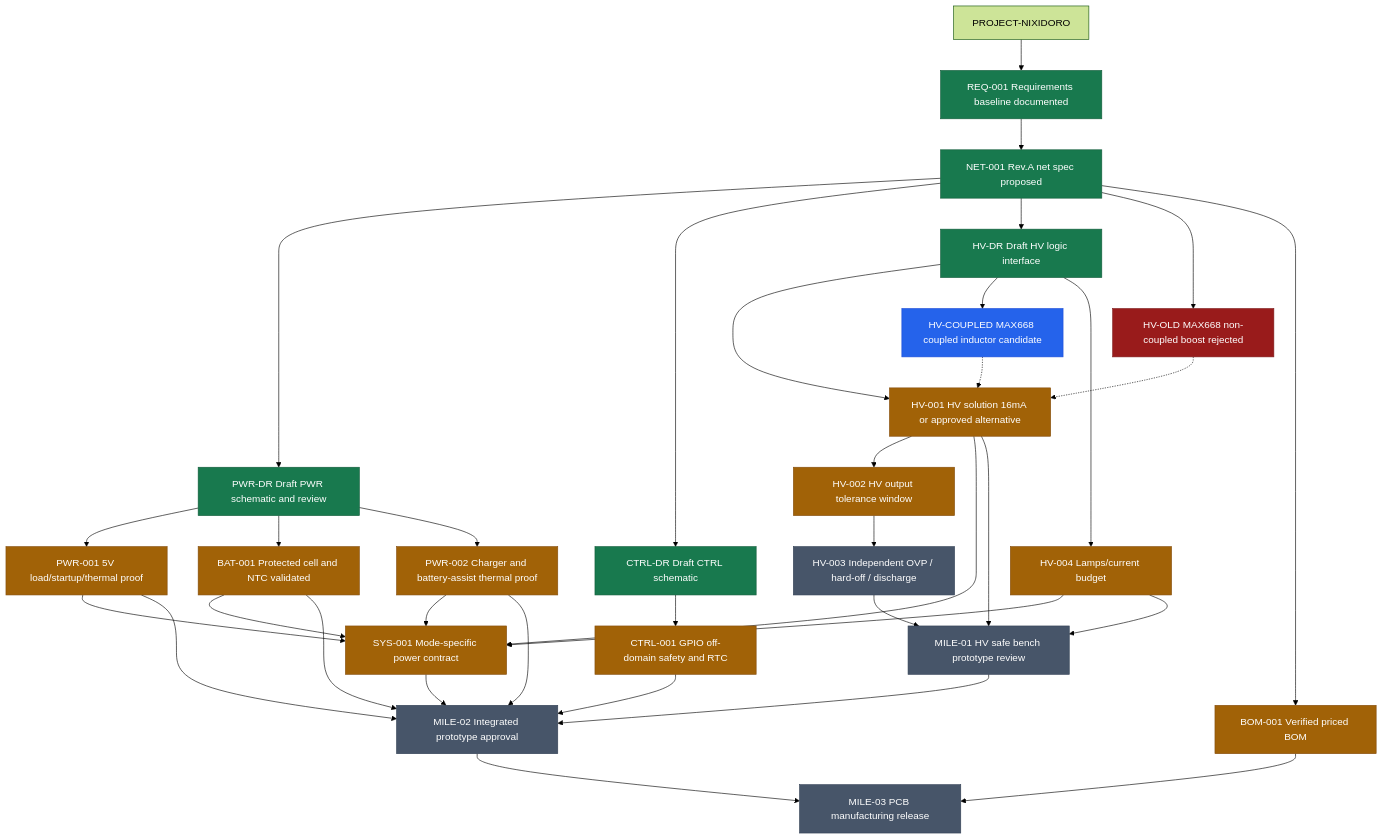
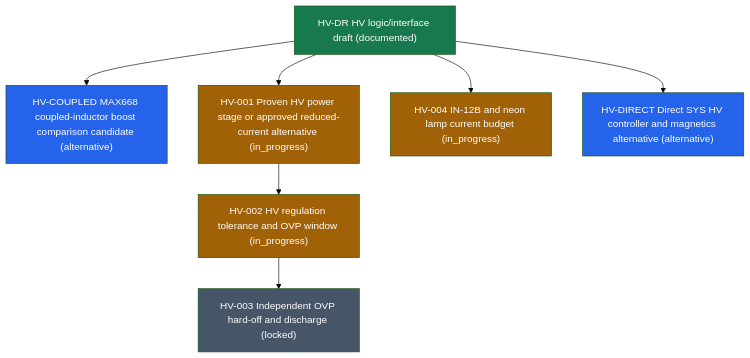
The second of 8 diagrams in docs/tech-tree.md (mitsu32m/PROJECT-NIXIDORO), drawn with Mermaid (forest theme) before and after one commit. The commit also changed other lines of this file and 7 other files, not shown here.

````diff
--- a/docs/tech-tree.md
+++ b/docs/tech-tree.md
@@ -9,67 +33,24 @@
 ```mermaid
 flowchart TB
-  ROOT["PROJECT-NIXIDORO"]
-  REQ["REQ-001 Requirements baseline documented"]
-  NET["NET-001 Rev.A net spec proposed"]
-  PWRD["PWR-DR Draft PWR schematic and review"]
-  CTRLD["CTRL-DR Draft CTRL schematic"]
-  HVD["HV-DR Draft HV logic interface"]
-  BOOST["HV-OLD MAX668 non-coupled boost rejected"]
-  HVF["HV-001 HV solution 16mA or approved alternative"]
-  COUPLED["HV-COUPLED MAX668 coupled inductor candidate"]
-  HVW["HV-002 HV output tolerance window"]
-  HVS["HV-003 Independent OVP / hard-off / discharge"]
-  PWR["PWR-001 5V load/startup/thermal proof"]
-  BAT["BAT-001 Protected cell and NTC validated"]
-  PWR2["PWR-002 Charger and battery-assist thermal proof"]
-  SYS["SYS-001 Mode-specific power contract"]
-  LAMP["HV-004 Lamps/current budget"]
-  CTRL["CTRL-001 GPIO off-domain safety and RTC"]
-  BOM["BOM-001 Verified priced BOM"]
-  HVPROTO["MILE-01 HV safe bench prototype review"]
-  INTEG["MILE-02 Integrated prototype approval"]
-  PCB["MILE-03 PCB manufacturing release"]
-  ROOT --> REQ --> NET
-  NET --> PWRD
-  NET --> CTRLD
-  NET --> HVD
-  NET --> BOOST
-  HVD --> HVF
-  HVD --> COUPLED
-  COUPLED -.-> HVF
-  BOOST -.-> HVF
-  HVF --> HVW
-  HVW --> HVS
-  HVD --> LAMP
-  PWRD --> PWR
-  PWRD --> BAT
-  PWRD --> PWR2
-  HVF --> SYS
-  LAMP --> SYS
-  PWR --> SYS
-  PWR2 --> SYS
-  BAT --> SYS
-  PWR2 --> INTEG
-  SYS --> INTEG
-  CTRLD --> CTRL
-  NET --> BOM
-  HVS --> HVPROTO
-  LAMP --> HVPROTO
-  HVF --> HVPROTO
-  PWR --> INTEG
-  BAT --> INTEG
-  CTRL --> INTEG
-  HVPROTO --> INTEG
-  BOM --> PCB
-  INTEG --> PCB
-  classDef documented fill:#18794e,color:#fff,stroke:#125c3b
-  classDef active fill:#a16207,color:#fff,stroke:#854d0e
-  classDef locked fill:#475569,color:#fff,stroke:#334155
-  classDef rejected fill:#991b1b,color:#fff,stroke:#7f1d1d
-  classDef alternative fill:#2563eb,color:#fff,stroke:#1d4ed8
-  class REQ,NET,PWRD,CTRLD,HVD documented
-  class HVF,HVW,PWR,PWR2,SYS,BAT,LAMP,CTRL,BOM active
-  class HVS,HVPROTO,INTEG,PCB locked
-  class BOOST rejected
-  class COUPLED alternative
+  N_HV_DR["HV-DR HV logic/interface draft (documented)"]
+  N_HV_COUPLED["HV-COUPLED MAX668 coupled-inductor boost comparison candidate (alternative)"]
+  N_HV_001["HV-001 Proven HV power stage or approved reduced-current alternative (in_progress)"]
+  N_HV_002["HV-002 HV regulation tolerance and OVP window (in_progress)"]
+  N_HV_003["HV-003 Independent OVP hard-off and discharge (locked)"]
+  N_HV_004["HV-004 IN-12B and neon lamp current budget (in_progress)"]
+  N_HV_DIRECT["HV-DIRECT Direct SYS HV controller and magnetics alternative (alternative)"]
+  N_HV_001 --> N_HV_002
+  N_HV_002 --> N_HV_003
+  N_HV_DR --> N_HV_001
+  N_HV_DR --> N_HV_004
+  N_HV_DR --> N_HV_COUPLED
+  N_HV_DR --> N_HV_DIRECT
+  classDef documented fill:#18794e,color:#fff
+  class N_HV_DR documented
+  classDef in_progress fill:#a16207,color:#fff
+  class N_HV_001,N_HV_002,N_HV_004 in_progress
+  classDef locked fill:#475569,color:#fff
+  class N_HV_003 locked
+  classDef alternative fill:#2563eb,color:#fff
+  class N_HV_COUPLED,N_HV_DIRECT alternative
 ```
````
